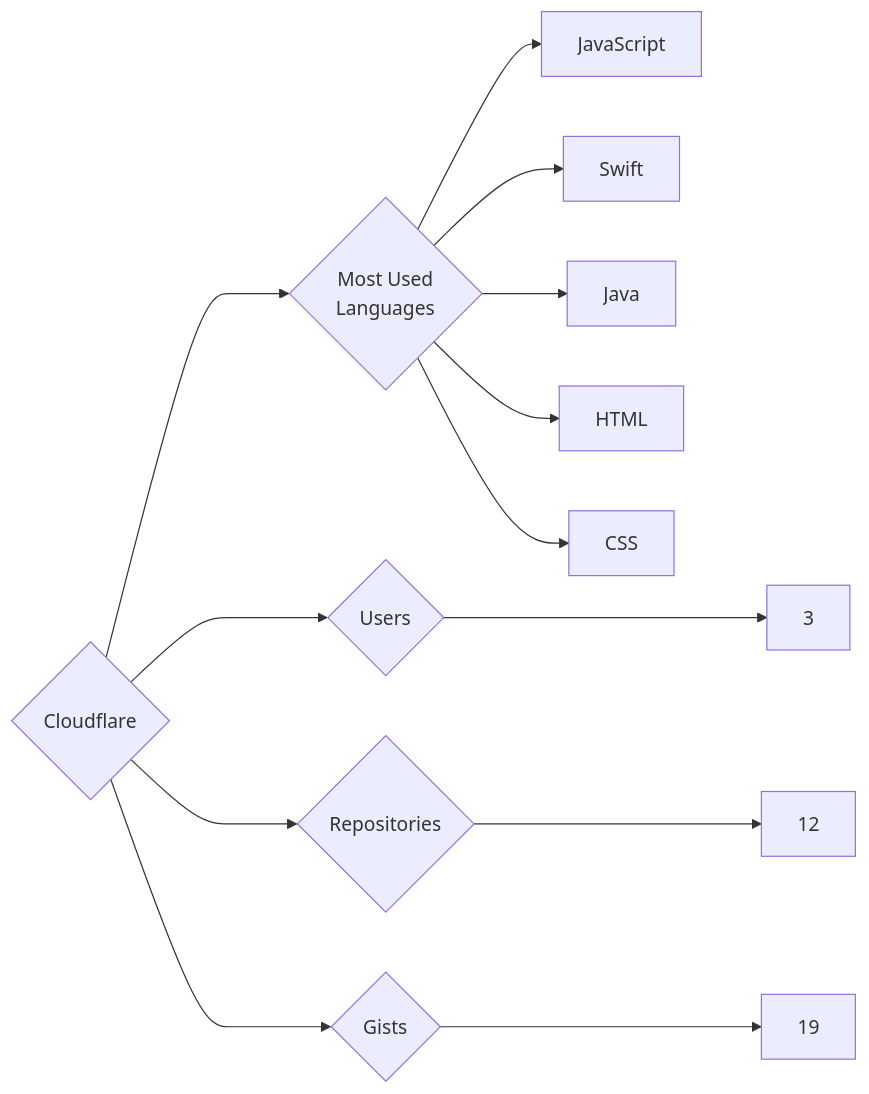
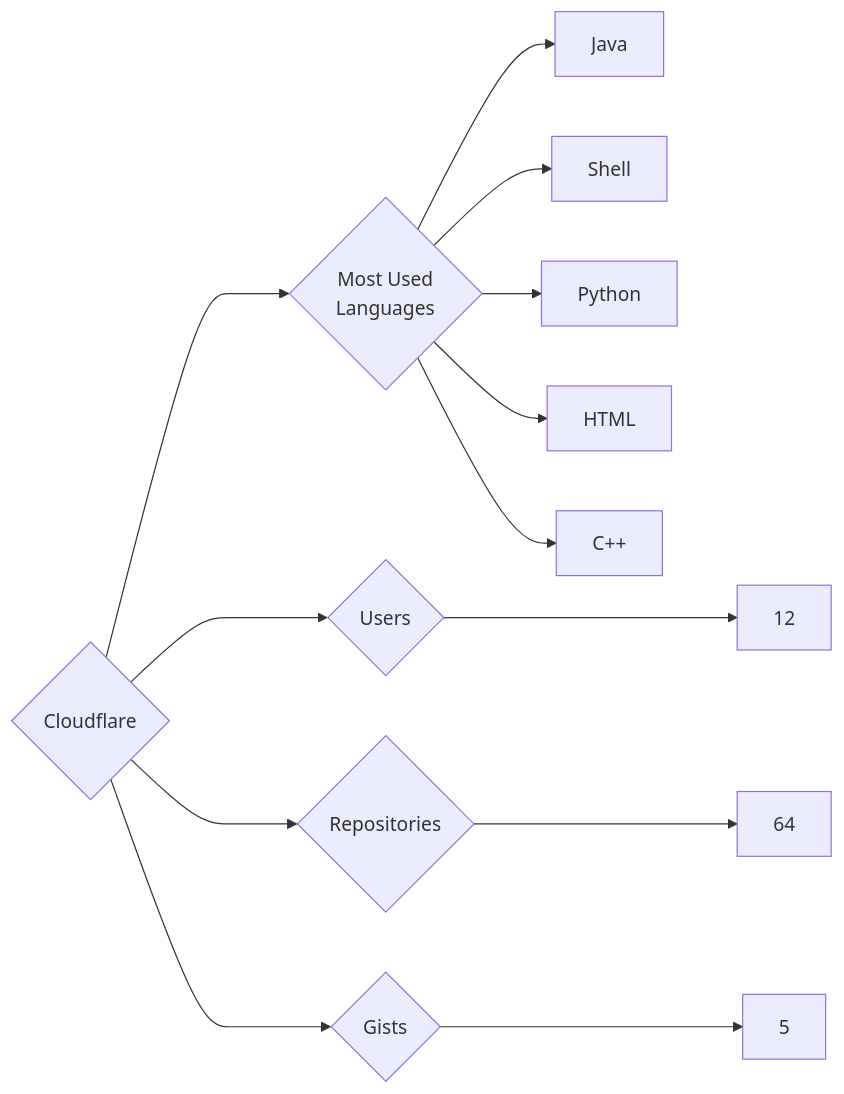
One commit to trickest/insiders changed the diagram in targets/Cloudflare/README.md. Above: the diagram before and after it, drawn with Mermaid. The commit also changed 1078 other files, not shown here.

````diff
--- a/targets/Cloudflare/README.md
+++ b/targets/Cloudflare/README.md
@@ -3,13 +3,13 @@
 ```mermaid
 graph LR
 COMPANY_NAME{Cloudflare}
-COMPANY_NAME ---> U{Users} ---> UN[3]
-COMPANY_NAME ---> R{Repositories} ---> RN[12]
-COMPANY_NAME ---> G{Gists} ---> GN[19]
+COMPANY_NAME ---> U{Users} ---> UN[12]
+COMPANY_NAME ---> R{Repositories} ---> RN[64]
+COMPANY_NAME ---> G{Gists} ---> GN[5]
 COMPANY_NAME ---> ML{Most Used<br>Languages}
-ML --> JavaScript[JavaScript]
-ML --> Swift[Swift]
 ML --> Java[Java]
+ML --> Shell[Shell]
+ML --> Python[Python]
 ML --> HTML[HTML]
-ML --> CSS[CSS]
+ML --> C++[C++]
 ```
````
